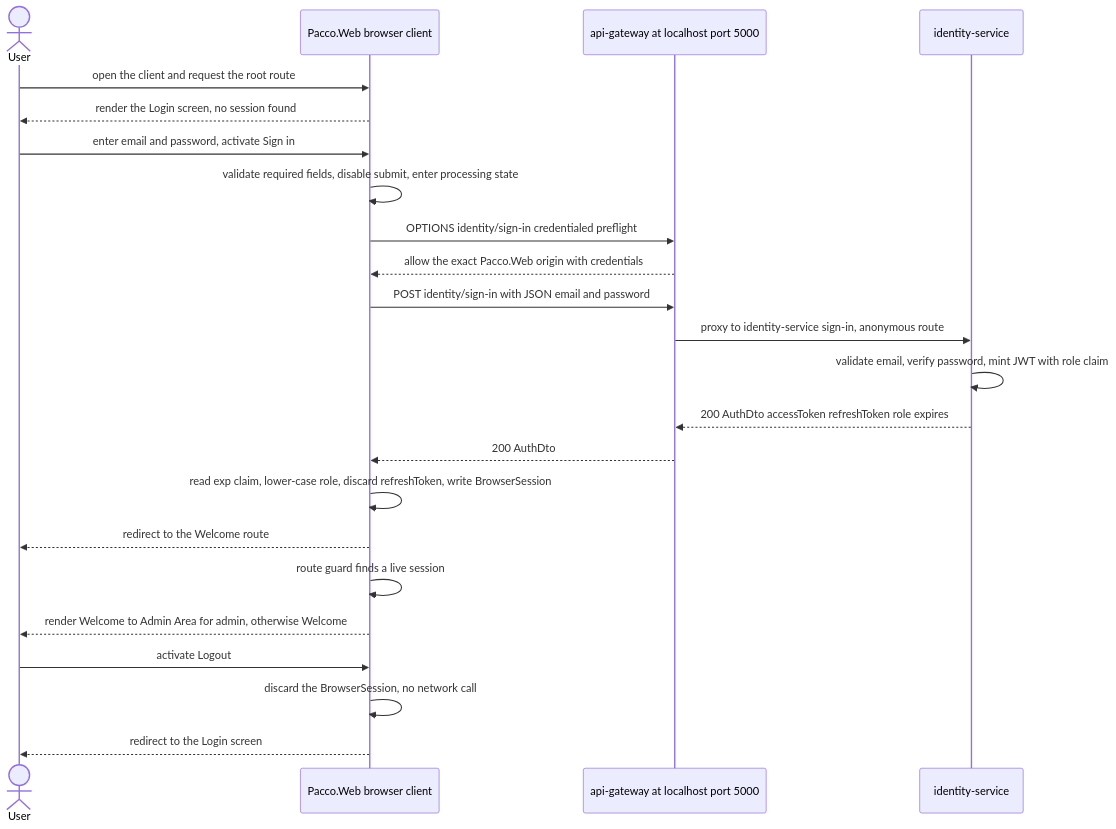
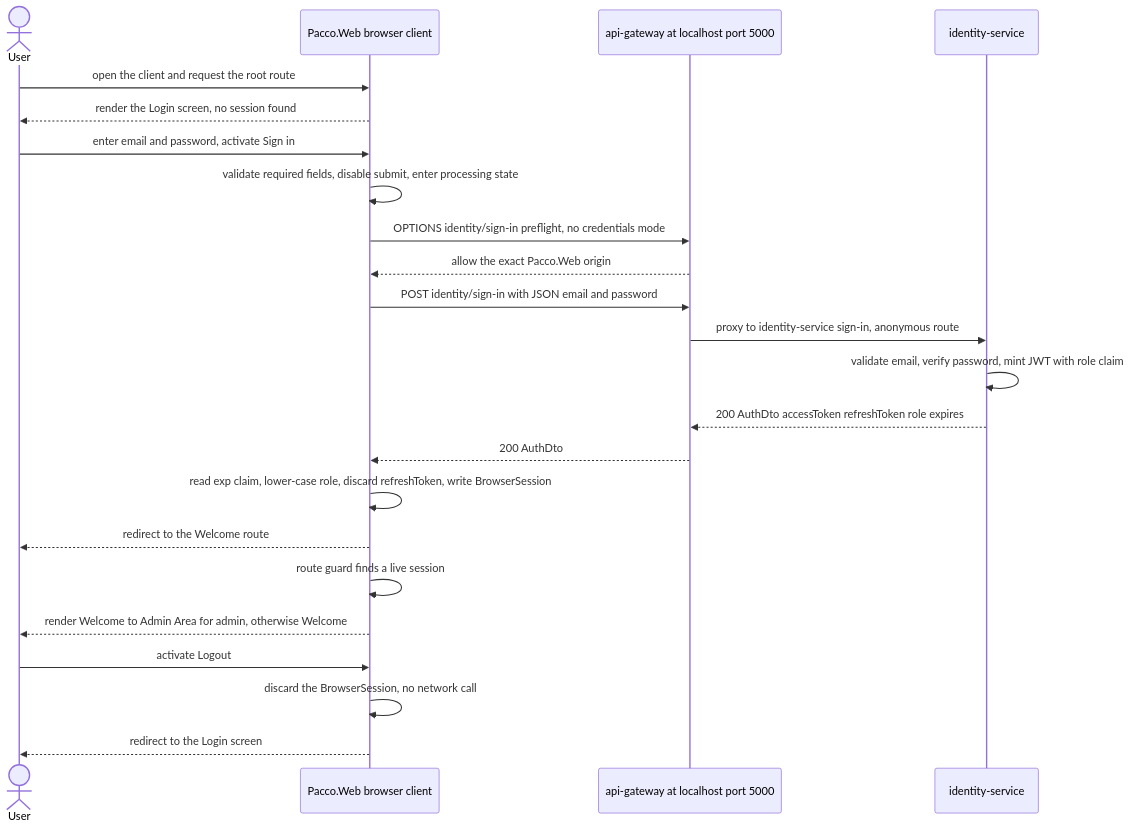
The first of 6 diagrams in docs/specs/13652/SPECIFICATION.md (hianshul100/Pacco.Context), drawn with Mermaid before and after one commit. The commit also changed other lines of this file and 1 other file, not shown here.

First line of the commit message:
docs(13652): resolve credentials mode, add NFR traceability and fix citations

````diff
--- a/docs/specs/13652/SPECIFICATION.md
+++ b/docs/specs/13652/SPECIFICATION.md
@@ -535,26 +545,26 @@
 ```mermaid
 sequenceDiagram
     actor U as User
     participant W as Pacco.Web browser client
     participant GW as api-gateway at localhost port 5000
     participant ID as identity-service
 
     U->>W: open the client and request the root route
     W-->>U: render the Login screen, no session found
     U->>W: enter email and password, activate Sign in
     W->>W: validate required fields, disable submit, enter processing state
-    W->>GW: OPTIONS identity/sign-in credentialed preflight
-    GW-->>W: allow the exact Pacco.Web origin with credentials
+    W->>GW: OPTIONS identity/sign-in preflight, no credentials mode
+    GW-->>W: allow the exact Pacco.Web origin
     W->>GW: POST identity/sign-in with JSON email and password
     GW->>ID: proxy to identity-service sign-in, anonymous route
     ID->>ID: validate email, verify password, mint JWT with role claim
     ID-->>GW: 200 AuthDto accessToken refreshToken role expires
     GW-->>W: 200 AuthDto
     W->>W: read exp claim, lower-case role, discard refreshToken, write BrowserSession
     W-->>U: redirect to the Welcome route
     W->>W: route guard finds a live session
     W-->>U: render Welcome to Admin Area for admin, otherwise Welcome
     U->>W: activate Logout
     W->>W: discard the BrowserSession, no network call
     W-->>U: redirect to the Login screen
 ```
````
